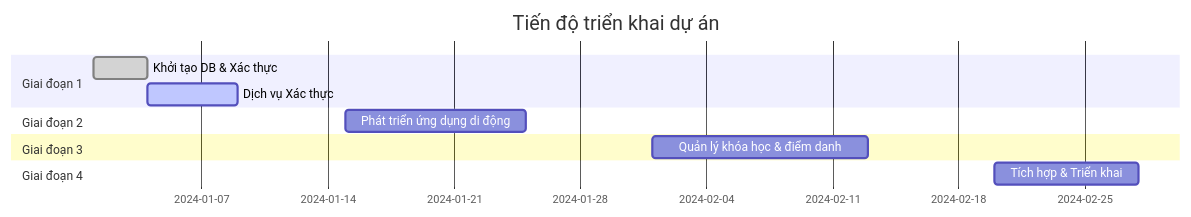
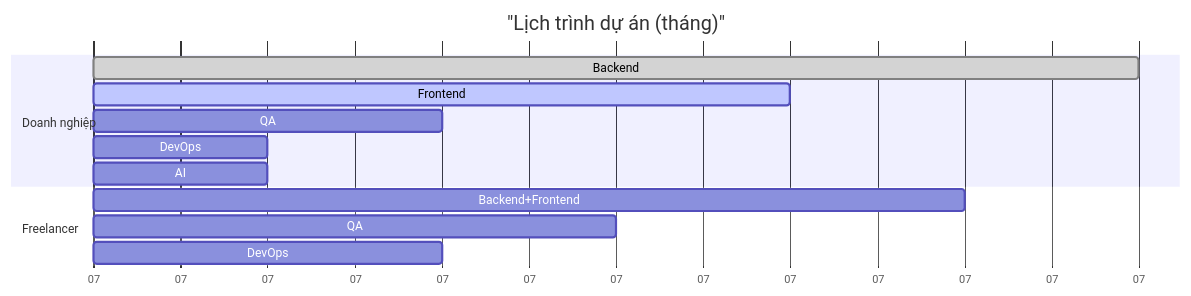
The second of 3 diagrams in sources/output/estimation/estimation.md (hainguyen81/ai-scraper), drawn with Mermaid before and after one commit. The commit also changed other lines of this file and 2 other files, not shown here.

````diff
--- a/sources/output/estimation/estimation.md
+++ b/sources/output/estimation/estimation.md
@@ -106,14 +106,16 @@
 ```mermaid
 gantt
-    title Tiến độ triển khai dự án
-    dateFormat  YYYY-MM-DD
-    section Giai đoạn 1
-    Khởi tạo DB & Xác thực    :done, DBInit, 2024-01-01, 3d
-    Dịch vụ Xác thực          :active, AuthService, 2024-01-04, 5d
-    section Giai đoạn 2
-    Phát triển ứng dụng di động  :MobileApp, 2024-01-15, 10d
-    section Giai đoạn 3
-    Quản lý khóa học & điểm danh :CourseAtt, 2024-02-01, 12d
-    section Giai đoạn 4
-    Tích hợp & Triển khai     :Deploy, 2024-02-20, 8d
+    title "Lịch trình dự án (tháng)"
+    dateFormat  YYYY-MM
+    axisFormat %m
+    section Doanh nghiệp
+    Backend      :done, backend, 2026-07, 6m
+    Frontend    :active, frontend, 2026-07, 4m
+    QA           :qa, 2026-07, 2m
+    DevOps       :devops, 2026-07, 1m
+    AI           :ai, 2026-07, 1m
+    section Freelancer
+    Backend+Frontend :backendf, 2026-07, 5m
+    QA              :freelanceqa, 2026-07, 3m
+    DevOps          :freelancedevops, 2026-07, 2m
 ```
````
